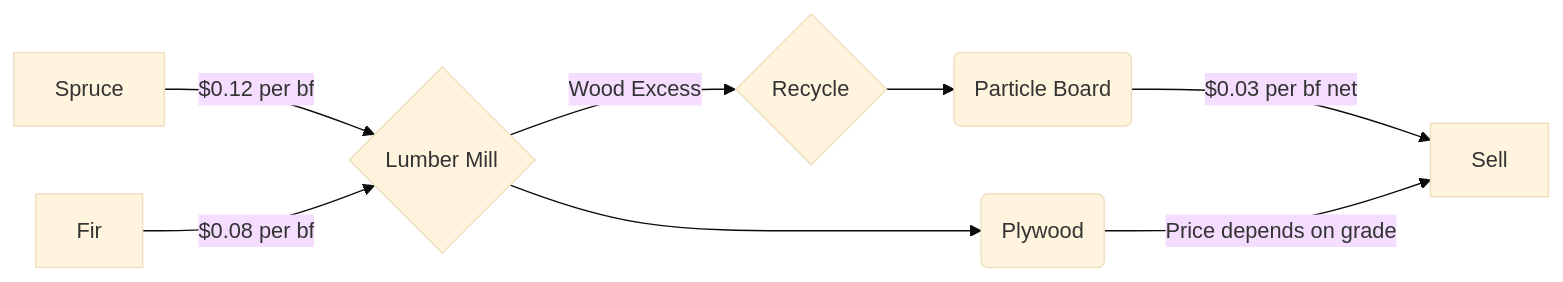
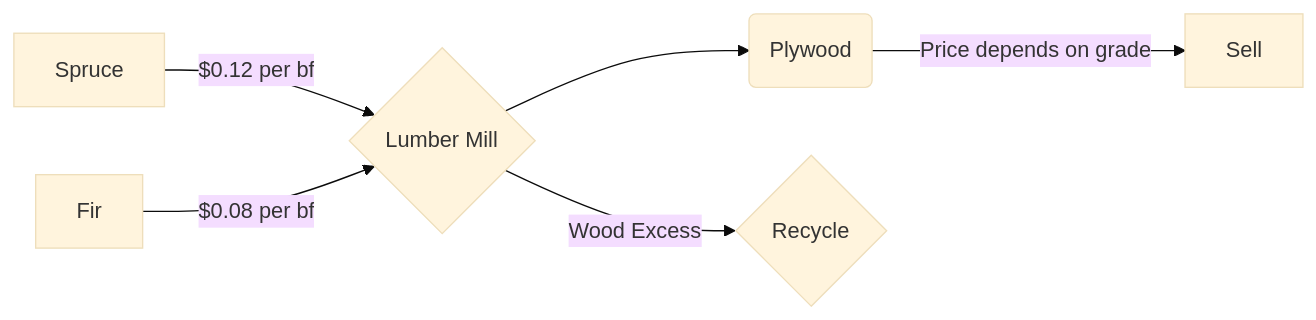
One commit to BEE4750/lab03 changed the diagram in lab03.qmd. Above: the diagram before and after it, drawn with Mermaid (base theme). The commit also changed other lines of this file, not shown here.

Commit message:
add cross-referencing

````diff
--- a/lab03.qmd
+++ b/lab03.qmd
@@ -81,11 +83,11 @@
 ```{mermaid}
-%%| fig-width: 6.5
+%%| label: fig-schematic
+%%| fig-cap: "Flowchat of the resource allocation problem in this lab."
+
 flowchart LR
     A[Spruce] -- $0.12 per bf --> C{Lumber Mill}
     B[Fir] -- $0.08 per bf --> C
     C --> P(Plywood)
     C -- Wood Excess --> D{Recycle}
-    D --> E(Particle Board)
-    E -- $0.03 per bf net --> S[Sell]
-    P -- Price depends on grade --> S
+    P -- Price depends on grade --> S[Sell]
 ```
````
